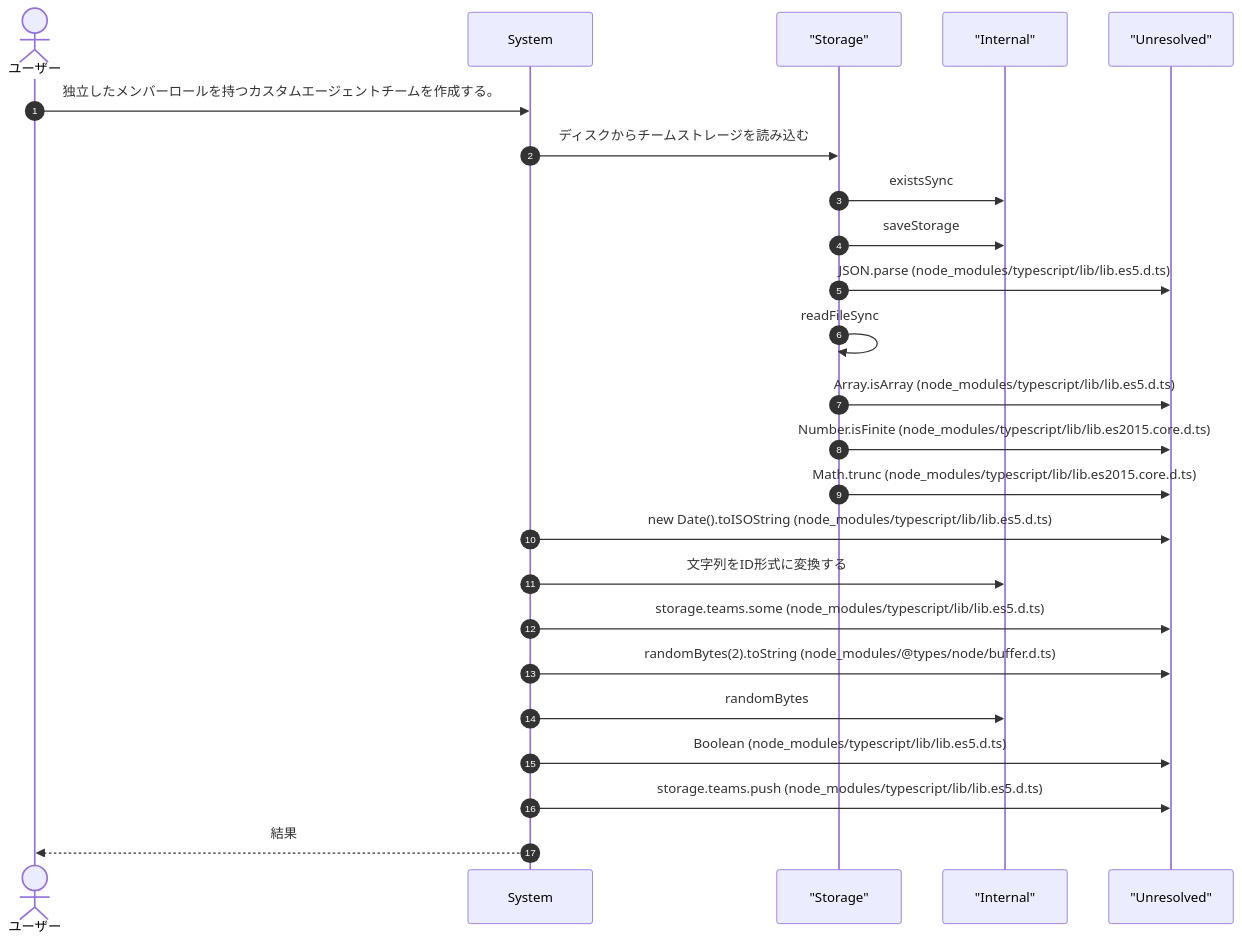
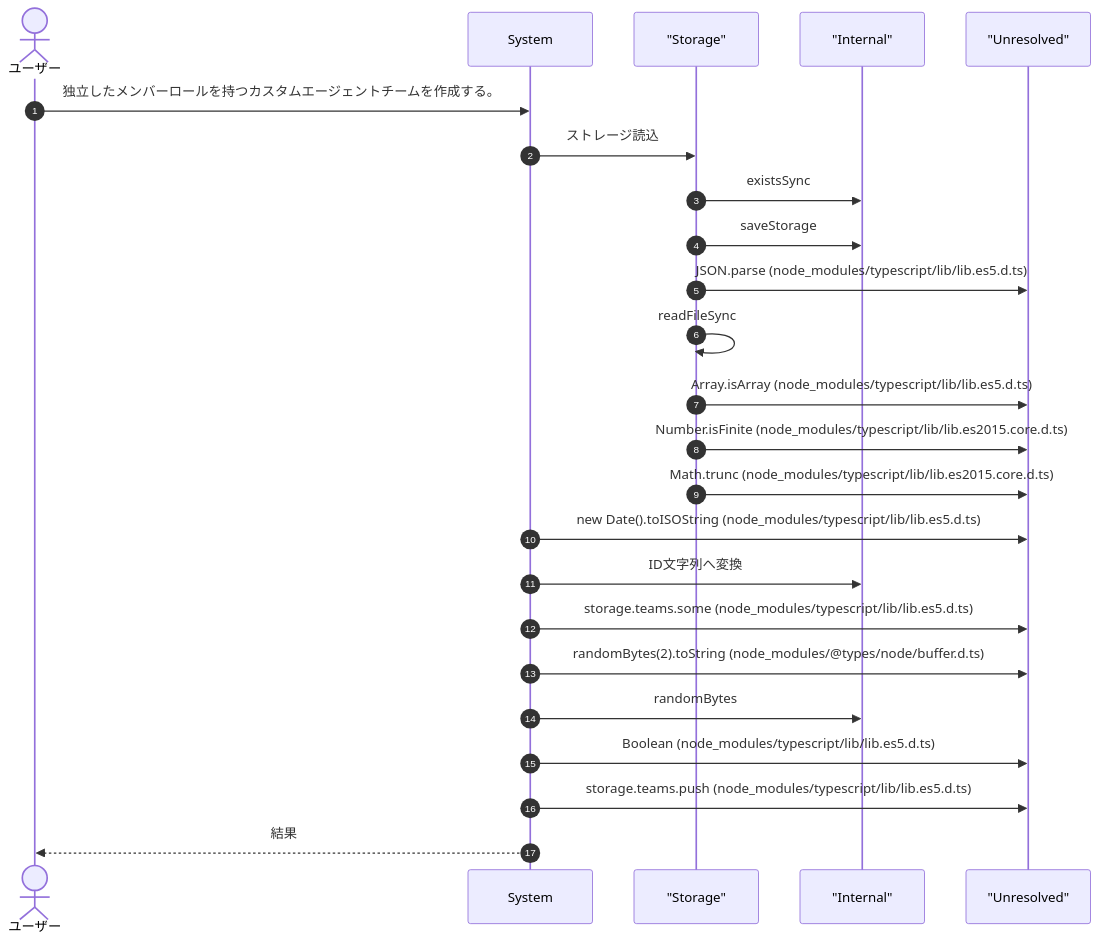
Before and after one commit to Mekann2904/mekann: the second of 10 diagrams in ABDD/.pi/extensions/agent-teams.md, drawn with Mermaid. The commit also changed other lines of this file and 212 other files, not shown here.

````diff
--- a/ABDD/.pi/extensions/agent-teams.md
+++ b/ABDD/.pi/extensions/agent-teams.md
@@ -80,28 +80,28 @@
 ```mermaid
 sequenceDiagram
   autonumber
   actor User as ユーザー
   participant System as System
   participant Storage as "Storage"
   participant Internal as "Internal"
   participant Unresolved as "Unresolved"
 
   User->>System: 独立したメンバーロールを持つカスタムエージェントチームを作成する。
-  System->>Storage: ディスクからチームストレージを読み込む
+  System->>Storage: ストレージ読込
   Storage->>Internal: existsSync
   Storage->>Internal: saveStorage
   Storage->>Unresolved: JSON.parse (node_modules/typescript/lib/lib.es5.d.ts)
   Storage->>Storage: readFileSync
   Storage->>Unresolved: Array.isArray (node_modules/typescript/lib/lib.es5.d.ts)
   Storage->>Unresolved: Number.isFinite (node_modules/typescript/lib/lib.es2015.core.d.ts)
   Storage->>Unresolved: Math.trunc (node_modules/typescript/lib/lib.es2015.core.d.ts)
   System->>Unresolved: new Date().toISOString (node_modules/typescript/lib/lib.es5.d.ts)
-  System->>Internal: 文字列をID形式に変換する
+  System->>Internal: ID文字列へ変換
   System->>Unresolved: storage.teams.some (node_modules/typescript/lib/lib.es5.d.ts)
   System->>Unresolved: randomBytes(2).toString (node_modules/@types/node/buffer.d.ts)
   System->>Internal: randomBytes
   System->>Unresolved: Boolean (node_modules/typescript/lib/lib.es5.d.ts)
   System->>Unresolved: storage.teams.push (node_modules/typescript/lib/lib.es5.d.ts)
   System-->>User: 結果
 
 ```
````
